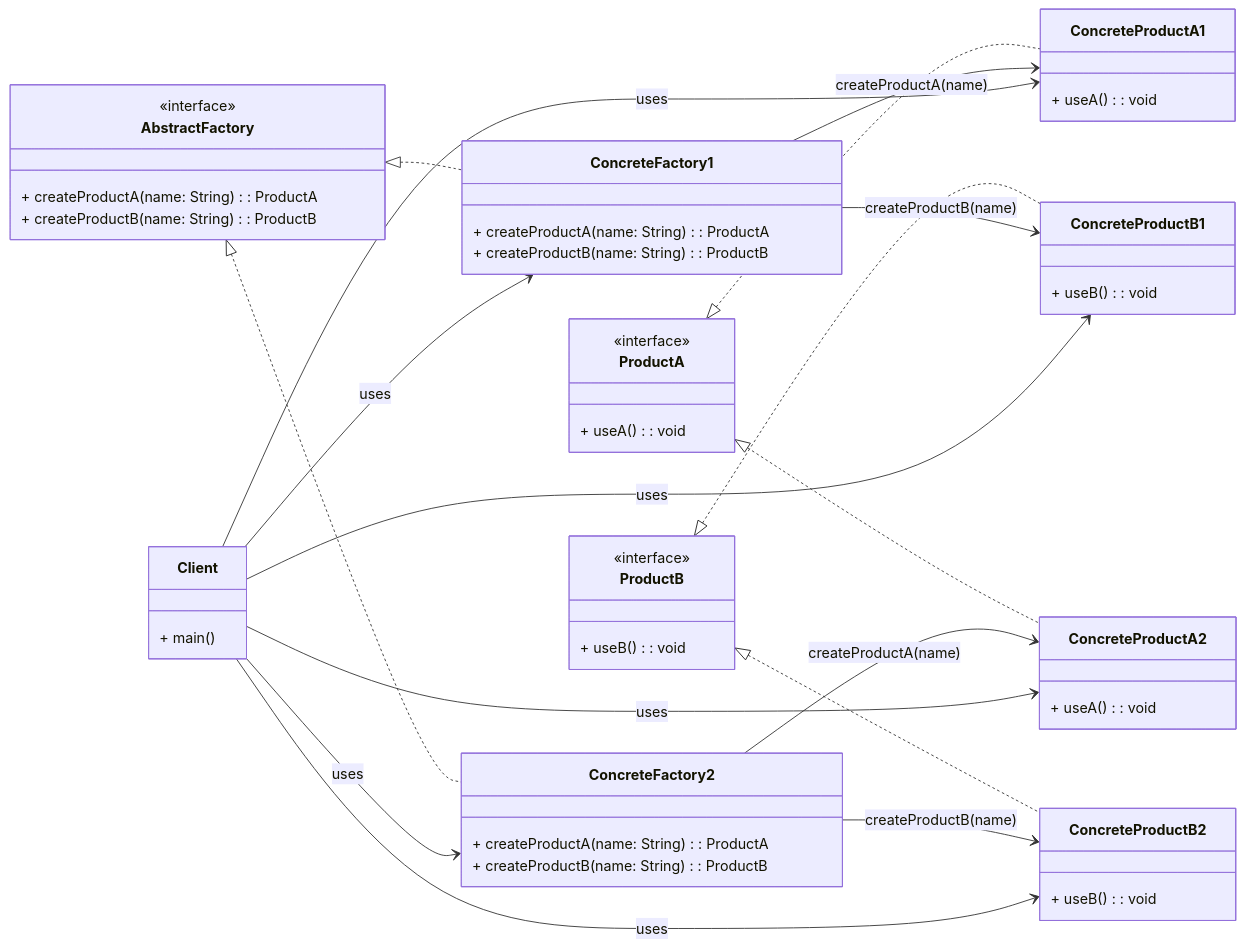
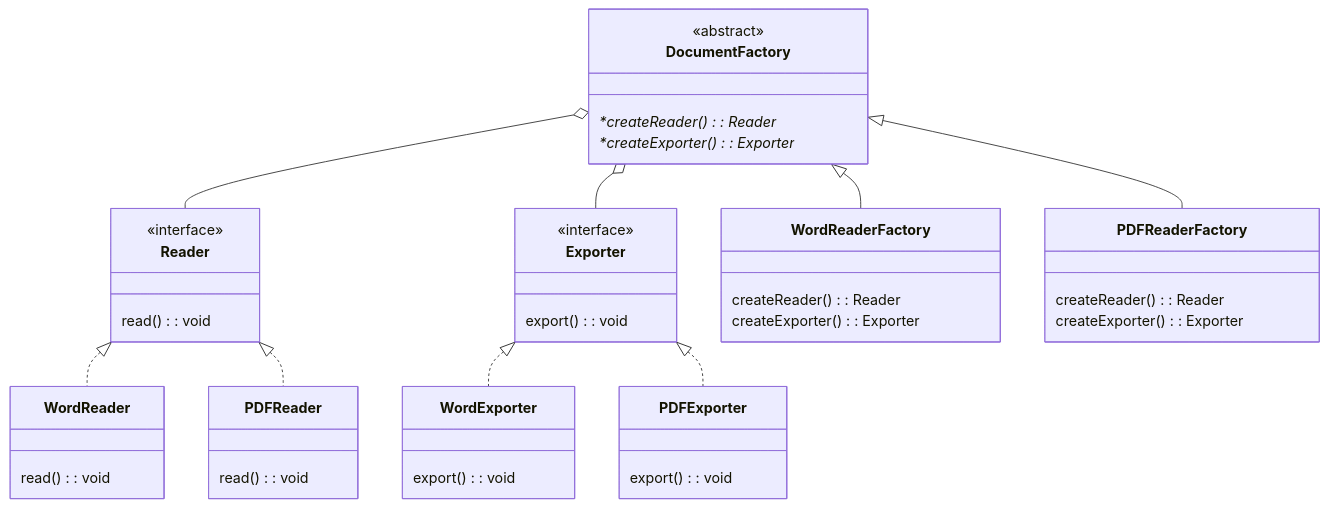
One commit to manigolara/notes-v2 changed the third of 5 diagrams in _DESIGN-PATTERNS/1. Creational.md. Above: the diagram before and after it, drawn with Mermaid. The commit also changed other lines of this file and 24 other files, not shown here.

````diff
--- a/_DESIGN-PATTERNS/1. Creational.md
+++ b/_DESIGN-PATTERNS/1. Creational.md
@@ -117,72 +98,53 @@
-```mermaid
-classDiagram
-    direction LR
+    ```mermaid
+    classDiagram
+        class Reader {
+            <<interface>>
+            read(): void
+        }
 
-    class Client {
-        + main()
-    }
+        class Exporter {
+            <<interface>>
+            export(): void
+        }
 
-    class AbstractFactory {
-        <<interface>>
-        + createProductA(name: String): ProductA
-        + createProductB(name: String): ProductB
-    }
+        class WordReader {
+            read(): void
+        }
+        Reader <|.. WordReader
 
-    class ConcreteFactory1 {
-        + createProductA(name: String): ProductA
-        + createProductB(name: String): ProductB
-    }
+        class PDFReader {
+            read(): void
+        }
+        Reader <|.. PDFReader
 
-    class ConcreteFactory2 {
-        + createProductA(name: String): ProductA
-        + createProductB(name: String): ProductB
-    }
+        class WordExporter {
+            export(): void
+        }
+        Exporter <|.. WordExporter
 
-    AbstractFactory <|.. ConcreteFactory1
-    AbstractFactory <|.. ConcreteFactory2
+        class PDFExporter {
+            export(): void
+        }
+        Exporter <|.. PDFExporter
 
-    class ProductA {
-        <<interface>>
-        + useA(): void
-    }
+        class DocumentFactory {
+            <<abstract>>
+            *createReader()*: Reader
+            *createExporter()*: Exporter
+        }
 
-    class ProductB {
-        <<interface>>
-        + useB(): void
-    }
+        class WordReaderFactory {
+            createReader(): Reader
+            createExporter(): Exporter
+        }
+        DocumentFactory <|-- WordReaderFactory
 
-    class ConcreteProductA1 {
-        + useA(): void
-    }
+        class PDFReaderFactory {
+            createReader(): Reader
+            createExporter(): Exporter
+        }
+        DocumentFactory <|-- PDFReaderFactory
 
-    class ConcreteProductB1 {
-        + useB(): void
-    }
-
-    class ConcreteProductA2 {
-        + useA(): void
-    }
-
-    class ConcreteProductB2 {
-        + useB(): void
-    }
-
-    ProductA <|.. ConcreteProductA1
-    ProductA <|.. ConcreteProductA2
-
-    ProductB <|.. ConcreteProductB1
-    ProductB <|.. ConcreteProductB2
-
-    ConcreteFactory1 --> ConcreteProductA1 : createProductA(name)
-    ConcreteFactory1 --> ConcreteProductB1 : createProductB(name)
-    ConcreteFactory2 --> ConcreteProductA2 : createProductA(name)
-    ConcreteFactory2 --> ConcreteProductB2 : createProductB(name)
-
-    Client --> ConcreteFactory1 : uses
-    Client --> ConcreteFactory2 : uses
-    Client --> ConcreteProductA1 : uses
-    Client --> ConcreteProductB1 : uses
-    Client --> ConcreteProductA2 : uses
-    Client --> ConcreteProductB2 : uses
-
-```
+        DocumentFactory o-- Reader
+        DocumentFactory o-- Exporter
+    ```
````
